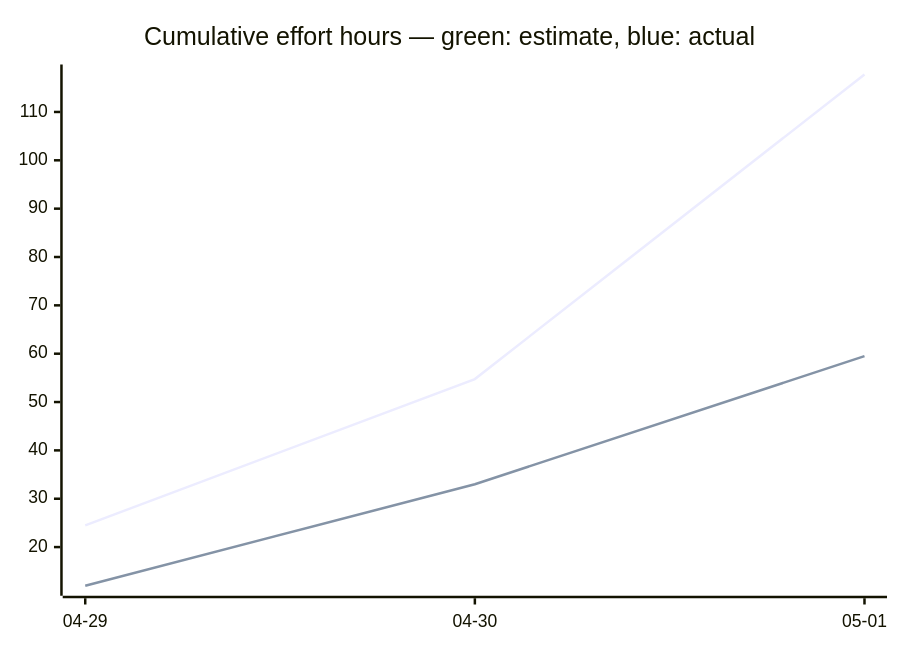
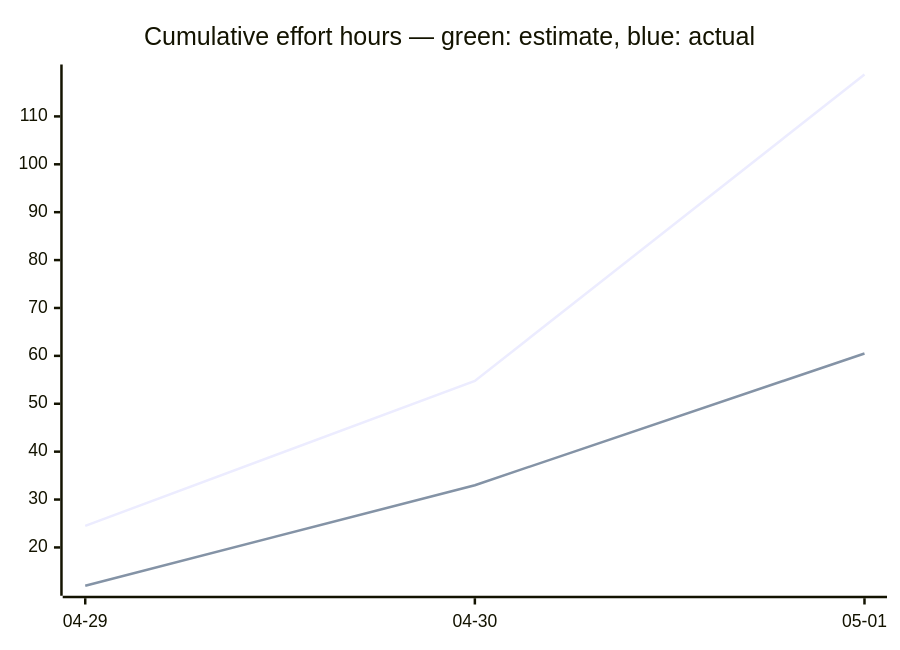
The third of 3 diagrams in docs/developers/tasks/OVERVIEW.md (tgd1975/AwesomeStudioPedal), drawn with Mermaid before and after one commit. The commit also changed other lines of this file and 5 other files, not shown here.

````diff
--- a/docs/developers/tasks/OVERVIEW.md
+++ b/docs/developers/tasks/OVERVIEW.md
@@ -40,7 +40,7 @@
 ```mermaid
 xychart-beta
     title "Cumulative effort hours — green: estimate, blue: actual"
     x-axis ["04-29", "04-30", "05-01"]
-    line [24.5, 54.75, 117.75]
-    line [12, 33, 59.5]
+    line [24.5, 54.75, 118.75]
+    line [12, 33, 60.5]
 ```
````
